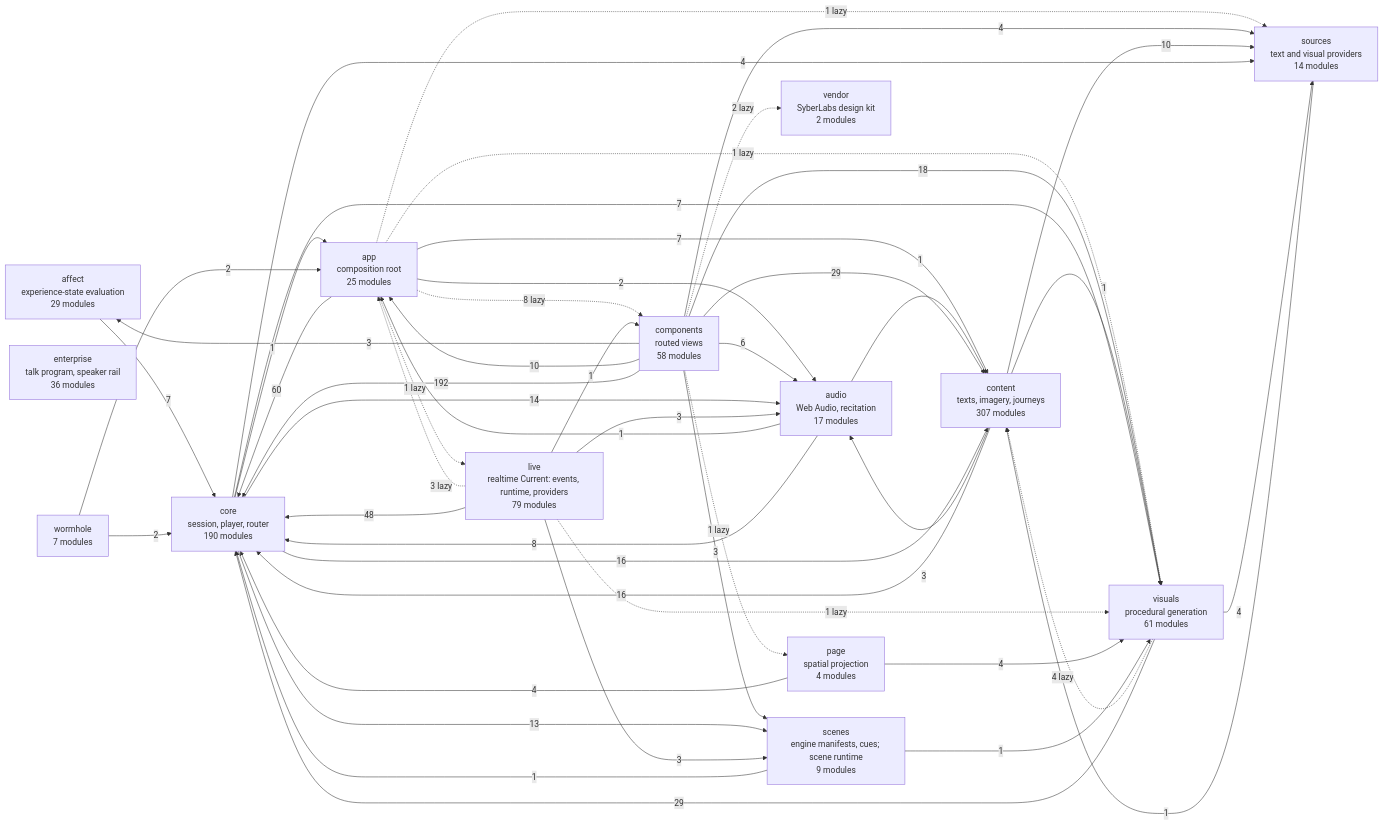
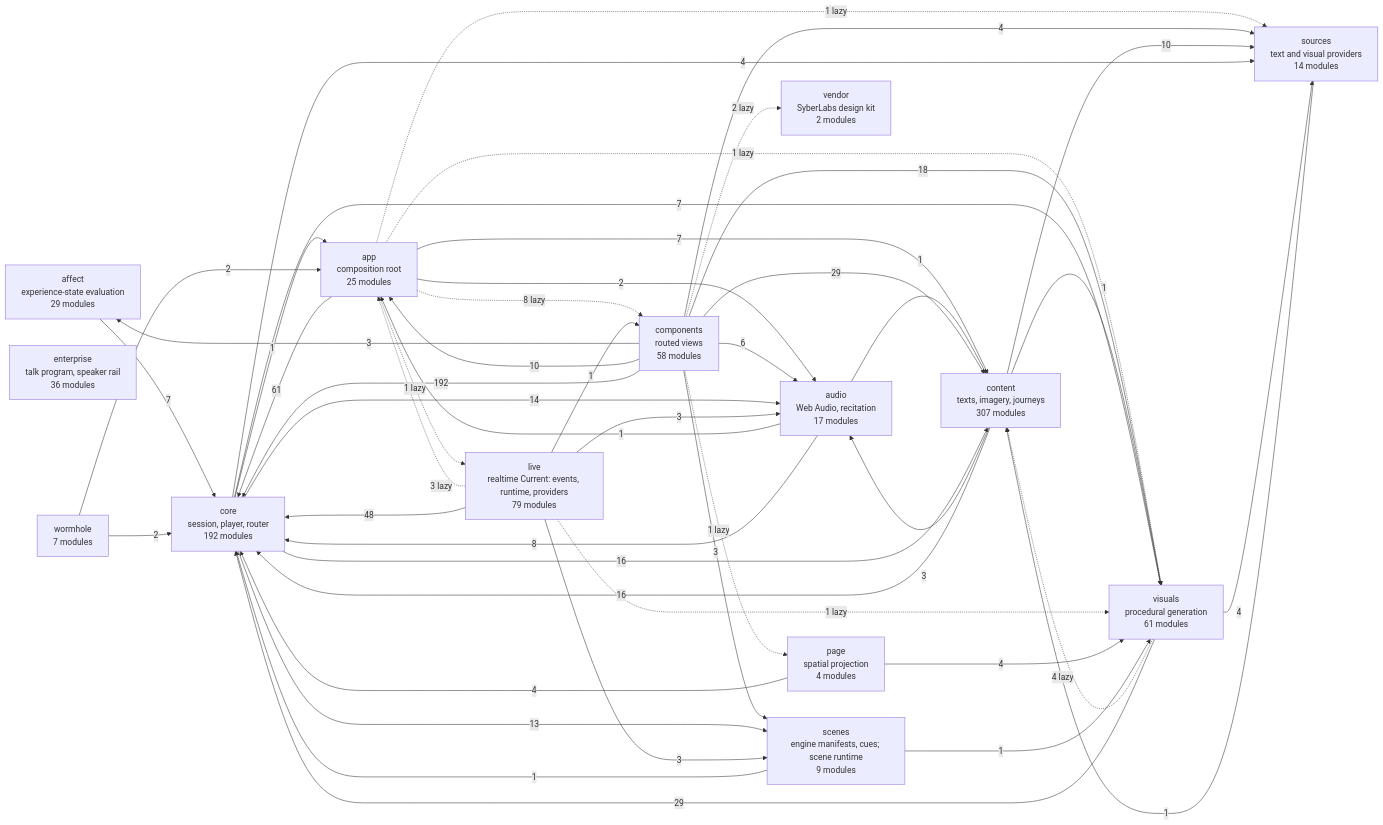
One commit to SyberLabs/RISE changed the diagram in docs/specs/ARCHITECTURE.md. Above: the diagram before and after it, drawn with Mermaid. The commit also changed 29 other files, not shown here.

````diff
--- a/docs/specs/ARCHITECTURE.md
+++ b/docs/specs/ARCHITECTURE.md
@@ -161,65 +161,65 @@
 ```mermaid
 flowchart LR
     affect["affect<br/>experience-state evaluation<br/>29 modules"]
     app["app<br/>composition root<br/>25 modules"]
     audio["audio<br/>Web Audio, recitation<br/>17 modules"]
     components["components<br/>routed views<br/>58 modules"]
     content["content<br/>texts, imagery, journeys<br/>307 modules"]
-    core["core<br/>session, player, router<br/>190 modules"]
+    core["core<br/>session, player, router<br/>192 modules"]
     enterprise["enterprise<br/>talk program, speaker rail<br/>36 modules"]
     live["live<br/>realtime Current: events, runtime, providers<br/>79 modules"]
     page["page<br/>spatial projection<br/>4 modules"]
     scenes["scenes<br/>engine manifests, cues; scene runtime<br/>9 modules"]
     sources["sources<br/>text and visual providers<br/>14 modules"]
     vendor["vendor<br/>SyberLabs design kit<br/>2 modules"]
     visuals["visuals<br/>procedural generation<br/>61 modules"]
     wormhole["wormhole<br/>7 modules"]
 
     affect --> |7| core
     app --> |2| audio
     app -.-> |8 lazy| components
     app --> |7| content
-    app --> |60| core
+    app --> |61| core
     app -.-> |1 lazy| live
     app -.-> |1 lazy| sources
     app -.-> |1 lazy| visuals
     audio --> |1| app
     audio --> |1| content
     audio --> |8| core
     components --> |3| affect
     components --> |10| app
     components --> |6| audio
     components --> |29| content
     components --> |192| core
     components -.-> |1 lazy| page
     components --> |3| scenes
     components --> |4| sources
     components -.-> |2 lazy| vendor
     components --> |18| visuals
     content --> |3| audio
     content --> |16| core
     content --> |10| sources
     content --> |1| visuals
     core --> |1| app
     core --> |14| audio
     core --> |16| content
     core --> |13| scenes
     core --> |4| sources
     core --> |7| visuals
     live -.-> |3 lazy| app
     live --> |3| audio
     live --> |1| components
     live --> |48| core
     live --> |3| scenes
     live -.-> |1 lazy| visuals
     page --> |4| core
     page --> |4| visuals
     scenes --> |1| core
     scenes --> |1| visuals
     sources --> |1| content
     visuals -.-> |4 lazy| content
     visuals --> |29| core
     visuals --> |4| sources
     wormhole --> |2| app
     wormhole --> |2| core
 ```
````
